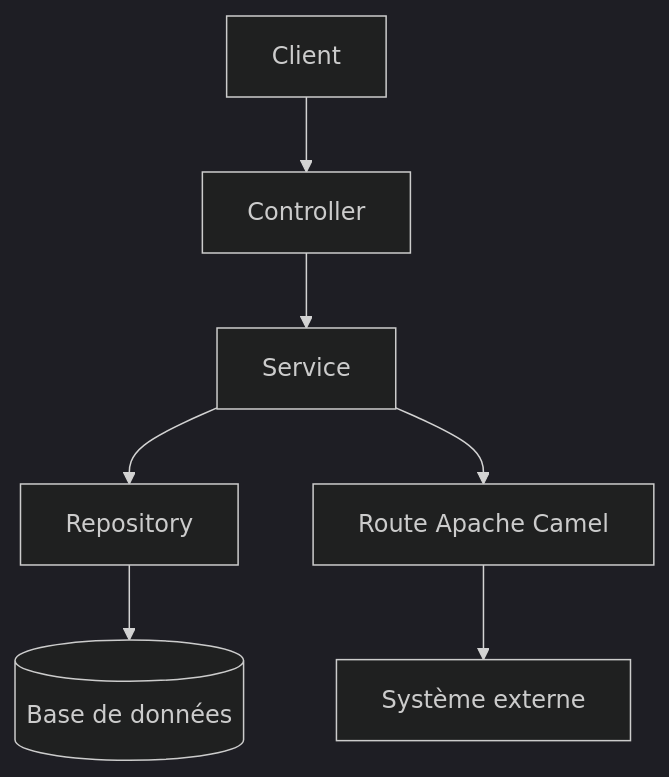
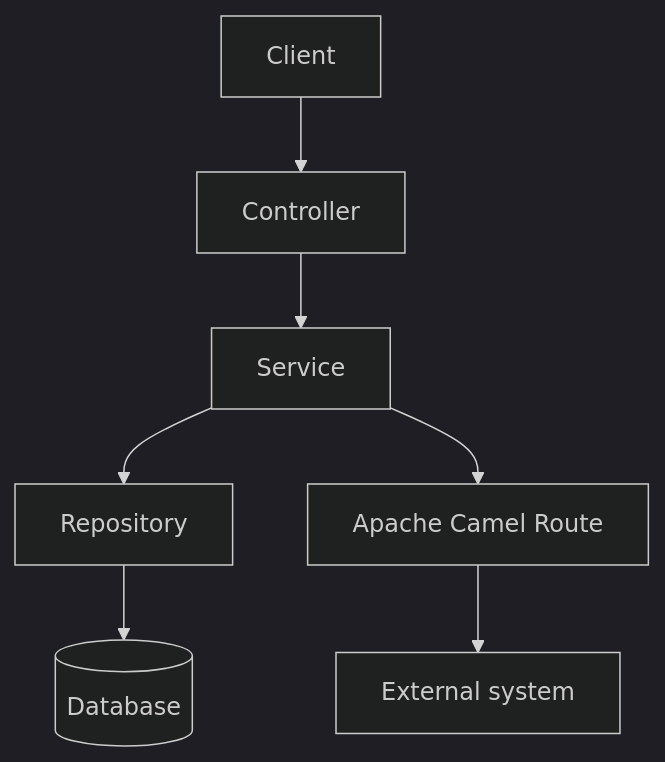
Before and after one commit to konStrg/agent-template: the second of 2 diagrams in ARCHITECTURE.md, drawn with Mermaid (dark theme). The commit also changed other lines of this file and 16 other files, not shown here.

````diff
--- a/ARCHITECTURE.md
+++ b/ARCHITECTURE.md
@@ -69,9 +69,9 @@
 ```mermaid
 graph TD
   Client --> Controller
   Controller --> Service
   Service --> Repository
-  Repository --> DB[(Base de données)]
-  Service --> CamelRoute[Route Apache Camel]
-  CamelRoute --> ExternalSystem[Système externe]
+  Repository --> DB[(Database)]
+  Service --> CamelRoute[Apache Camel Route]
+  CamelRoute --> ExternalSystem[External system]
 ```
````
